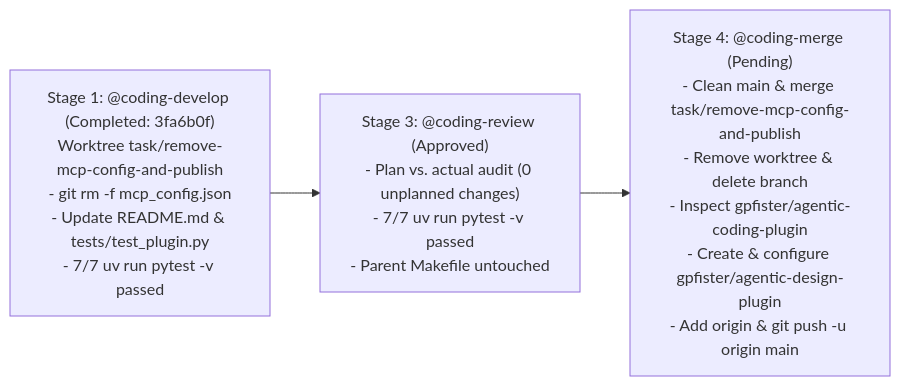
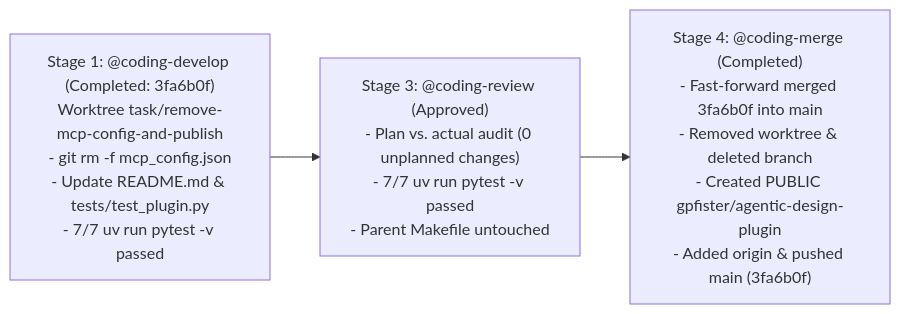
The diagram in architecture/remove-mcp-config-and-publish.md (gpfister/agentic-obsidian), drawn with Mermaid before and after one commit. The commit also changed other lines of this file and 3 other files, not shown here.

Commit message:
docs(post-merge): update git-status, changelog, and remove-mcp-config-and-publish docs

````diff
--- a/architecture/remove-mcp-config-and-publish.md
+++ b/architecture/remove-mcp-config-and-publish.md
@@ -44,5 +44,5 @@
 ```mermaid
 flowchart LR
     D["Stage 1: @coding-develop (Completed: 3fa6b0f)\nWorktree task/remove-mcp-config-and-publish\n- git rm -f mcp_config.json\n- Update README.md & tests/test_plugin.py\n- 7/7 uv run pytest -v passed"] --> R["Stage 3: @coding-review (Approved)\n- Plan vs. actual audit (0 unplanned changes)\n- 7/7 uv run pytest -v passed\n- Parent Makefile untouched"]
-    R --> M["Stage 4: @coding-merge (Pending)\n- Clean main & merge task/remove-mcp-config-and-publish\n- Remove worktree & delete branch\n- Inspect gpfister/agentic-coding-plugin\n- Create & configure gpfister/agentic-design-plugin\n- Add origin & git push -u origin main"]
+    R --> M["Stage 4: @coding-merge (Completed)\n- Fast-forward merged 3fa6b0f into main\n- Removed worktree & deleted branch\n- Created PUBLIC gpfister/agentic-design-plugin\n- Added origin & pushed main (3fa6b0f)"]
 ```
````
